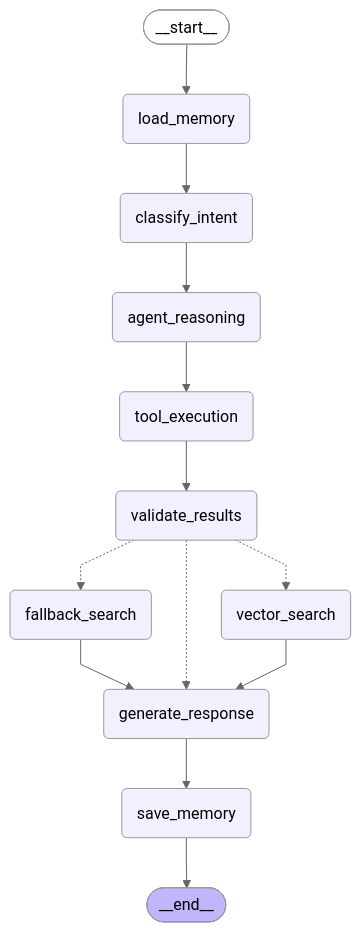
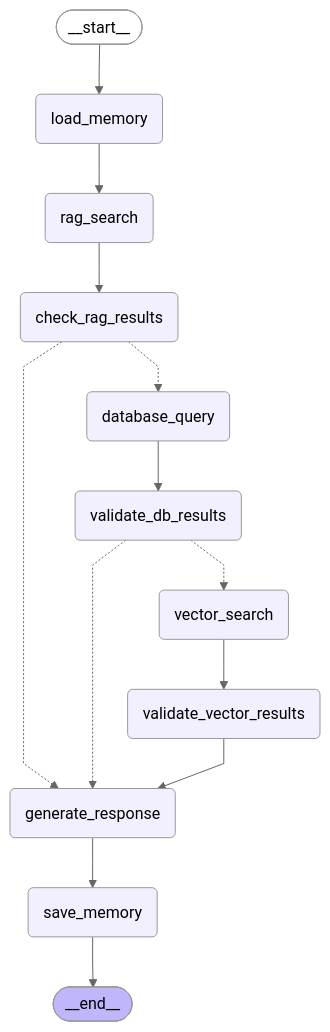
The diagram in docs/workflow_graph.mermaid (Alex-Du-1020/Kangni-agents), drawn with Mermaid (neutral theme) before and after one commit. The commit also changed 7 other files, not shown here.

```diff
--- a/docs/workflow_graph.mermaid
+++ b/docs/workflow_graph.mermaid
@@ -1,32 +1,32 @@
 ---
 config:
   flowchart:
     curve: linear
 ---
 graph TD;
 	__start__([<p>__start__</p>]):::first
 	load_memory(load_memory)
-	classify_intent(classify_intent)
-	agent_reasoning(agent_reasoning)
-	tool_execution(tool_execution)
-	validate_results(validate_results)
+	rag_search(rag_search)
+	check_rag_results(check_rag_results)
+	database_query(database_query)
+	validate_db_results(validate_db_results)
 	vector_search(vector_search)
-	fallback_search(fallback_search)
+	validate_vector_results(validate_vector_results)
 	generate_response(generate_response)
 	save_memory(save_memory)
 	__end__([<p>__end__</p>]):::last
 	__start__ --> load_memory;
-	agent_reasoning --> tool_execution;
-	classify_intent --> agent_reasoning;
-	fallback_search --> generate_response;
+	check_rag_results -.-> database_query;
+	check_rag_results -.-> generate_response;
+	database_query --> validate_db_results;
 	generate_response --> save_memory;
-	load_memory --> classify_intent;
-	tool_execution --> validate_results;
-	validate_results -.-> fallback_search;
-	validate_results -.-> generate_response;
-	validate_results -.-> vector_search;
-	vector_search --> generate_response;
+	load_memory --> rag_search;
+	rag_search --> check_rag_results;
+	validate_db_results -.-> generate_response;
+	validate_db_results -.-> vector_search;
+	validate_vector_results --> generate_response;
+	vector_search --> validate_vector_results;
 	save_memory --> __end__;
 	classDef default fill:#f2f0ff,line-height:1.2
 	classDef first fill-opacity:0
 	classDef last fill:#bfb6fc
```
